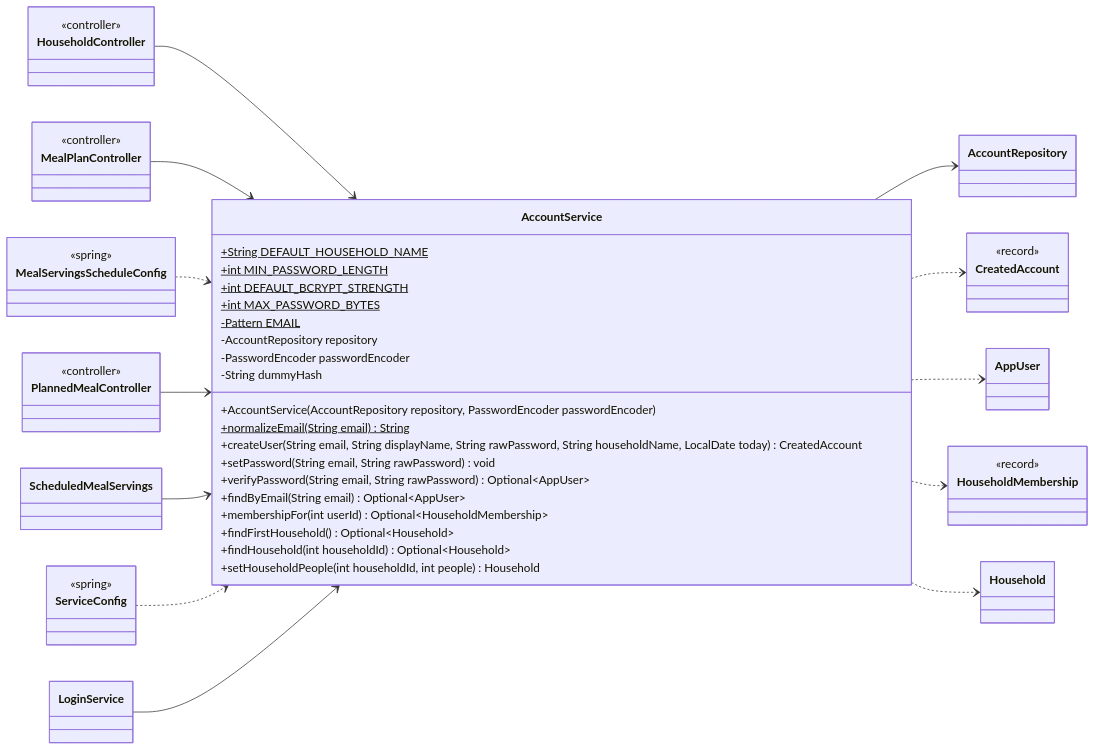
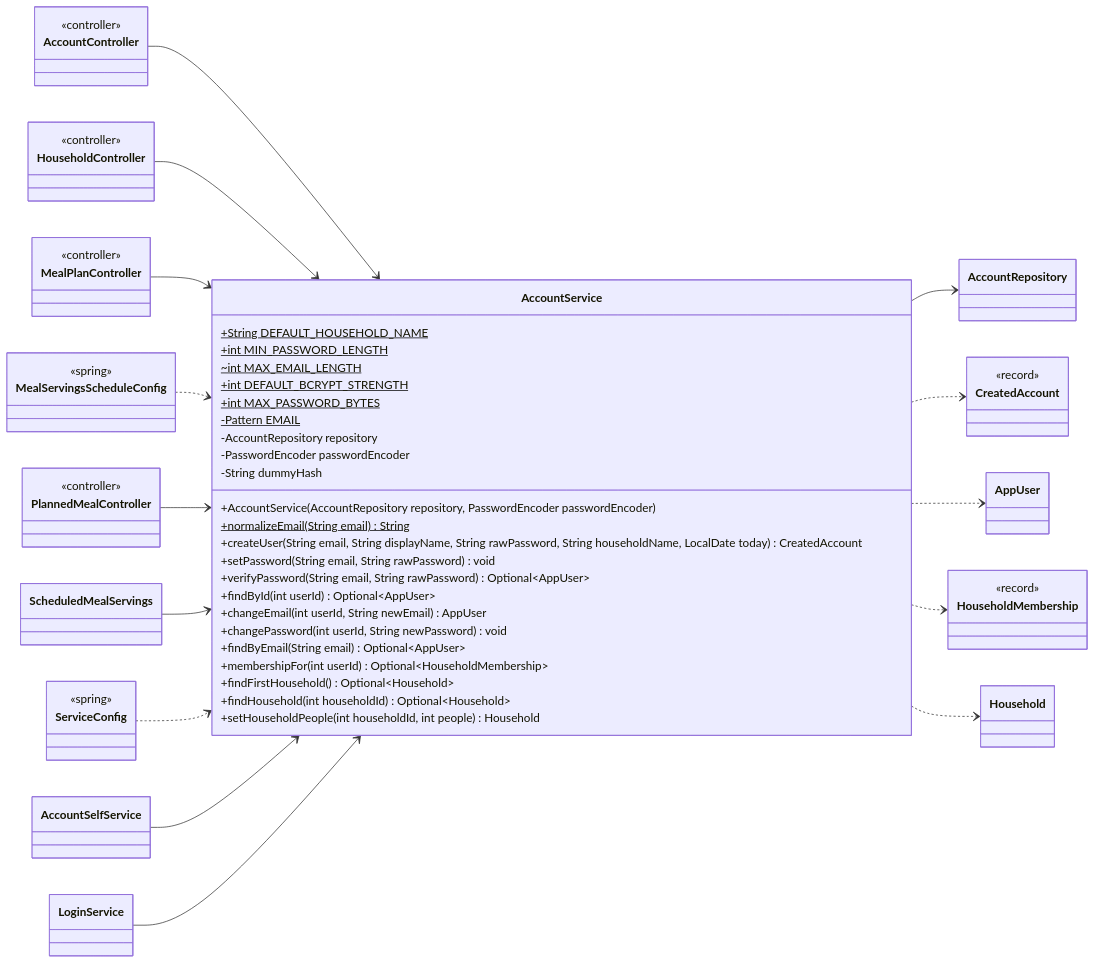
One commit to Nate-ryan-7690/dahaem changed the fourth of 17 diagrams in docs/classes/auth.md. Above: the diagram before and after it, drawn with Mermaid. The commit also changed other lines of this file and 4 other files, not shown here.

````diff
--- a/docs/classes/auth.md
+++ b/docs/classes/auth.md
@@ -150,62 +208,72 @@
 ```mermaid
 classDiagram
     direction LR
     class auth_AccountService["AccountService"] {
         +String DEFAULT_HOUSEHOLD_NAME$
         +int MIN_PASSWORD_LENGTH$
+        ~int MAX_EMAIL_LENGTH$
         +int DEFAULT_BCRYPT_STRENGTH$
         +int MAX_PASSWORD_BYTES$
         -Pattern EMAIL$
         -AccountRepository repository
         -PasswordEncoder passwordEncoder
         +AccountService(AccountRepository repository, PasswordEncoder passwordEncoder)
         +normalizeEmail(String email) String$
         +createUser(String email, String displayName, String rawPassword, String householdName, LocalDate today) CreatedAccount
         +setPassword(String email, String rawPassword) void
         -String dummyHash
         +verifyPassword(String email, String rawPassword) Optional~AppUser~
+        +findById(int userId) Optional~AppUser~
+        +changeEmail(int userId, String newEmail) AppUser
+        +changePassword(int userId, String newPassword) void
         +findByEmail(String email) Optional~AppUser~
         +membershipFor(int userId) Optional~HouseholdMembership~
         +findFirstHousehold() Optional~Household~
         +findHousehold(int householdId) Optional~Household~
         +setHouseholdPeople(int householdId, int people) Household
     }
     class auth_AccountRepository["AccountRepository"]
+    class api_AccountController["AccountController"] {
+        <<controller>>
+    }
     class api_HouseholdController["HouseholdController"] {
         <<controller>>
     }
     class api_MealPlanController["MealPlanController"] {
         <<controller>>
     }
     class api_PlannedMealController["PlannedMealController"] {
         <<controller>>
     }
     class api_ScheduledMealServings["ScheduledMealServings"]
+    class auth_AccountSelfService["AccountSelfService"]
     class auth_LoginService["LoginService"]
     class auth_CreatedAccount["CreatedAccount"] {
         <<record>>
     }
     class auth_AppUser["AppUser"]
     class auth_HouseholdMembership["HouseholdMembership"] {
         <<record>>
     }
     class auth_Household["Household"]
     class api_MealServingsScheduleConfig["MealServingsScheduleConfig"] {
         <<spring>>
     }
     class api_ServiceConfig["ServiceConfig"] {
         <<spring>>
     }
     auth_AccountService --> auth_AccountRepository
     auth_AccountService ..> auth_CreatedAccount
     auth_AccountService ..> auth_AppUser
     auth_AccountService ..> auth_HouseholdMembership
     auth_AccountService ..> auth_Household
+    api_AccountController --> auth_AccountService
     api_HouseholdController --> auth_AccountService
     api_MealPlanController --> auth_AccountService
     api_MealServingsScheduleConfig ..> auth_AccountService
     api_PlannedMealController --> auth_AccountService
     api_ScheduledMealServings --> auth_AccountService
     api_ServiceConfig ..> auth_AccountService
+    auth_AccountSelfService --> auth_AccountService
     auth_LoginService --> auth_AccountService
 ```
````
